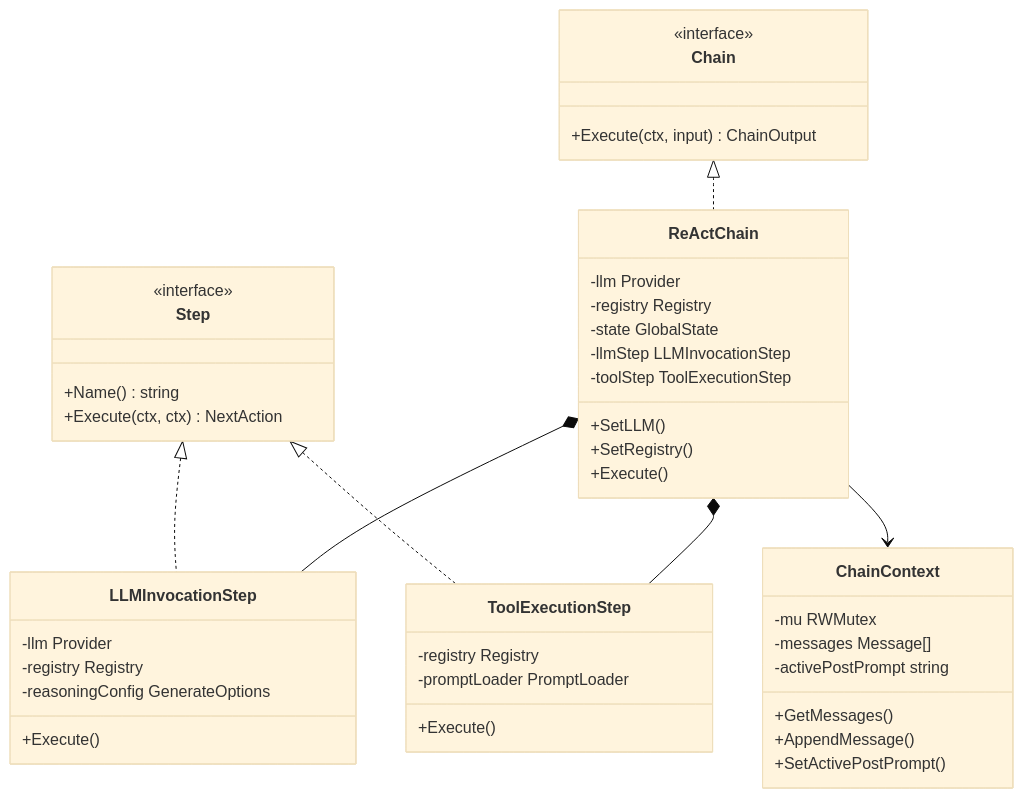
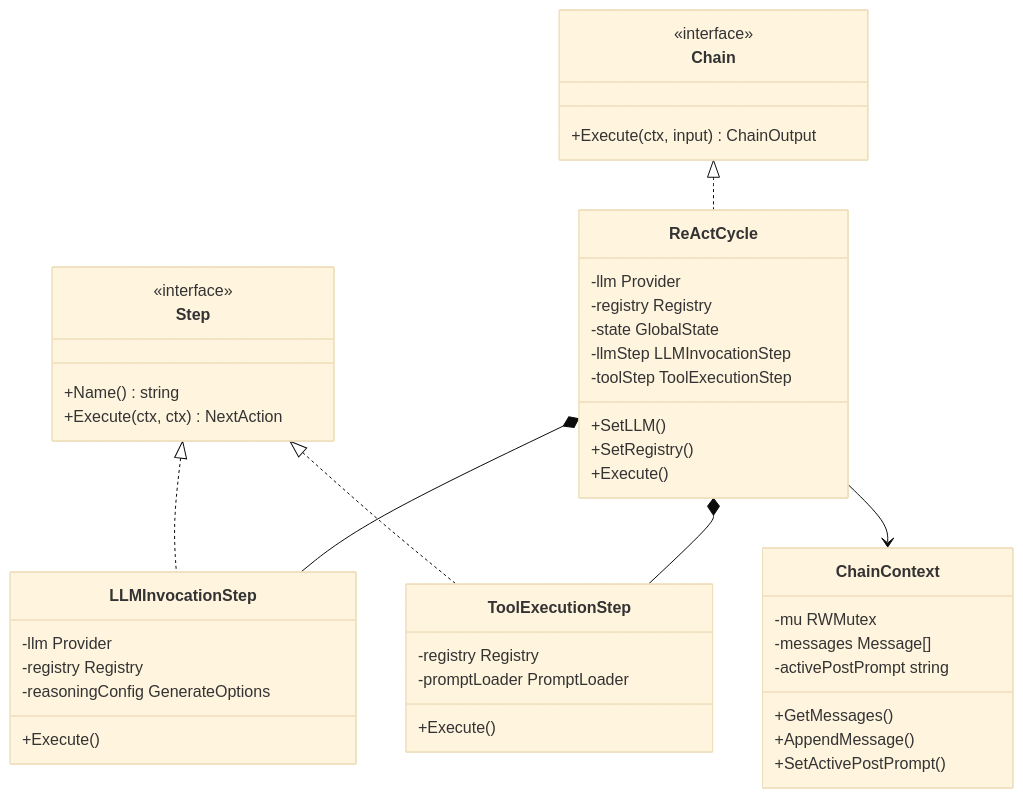
Before and after one commit to ilkoid/poncho-ai: the second of 5 diagrams in docs/chain_mech_note.md, drawn with Mermaid (base theme). The commit also changed other lines of this file and 32 other files, not shown here.

````diff
--- a/docs/chain_mech_note.md
+++ b/docs/chain_mech_note.md
@@ -23,53 +23,53 @@
 ```mermaid
 classDiagram
     class Chain {
         <<interface>>
         +Execute(ctx, input) ChainOutput
     }
     
-    class ReActChain {
+    class ReActCycle {
         -llm Provider
         -registry Registry
         -state GlobalState
         -llmStep LLMInvocationStep
         -toolStep ToolExecutionStep
         +SetLLM()
         +SetRegistry()
         +Execute()
     }
     
     class Step {
         <<interface>>
         +Name() string
         +Execute(ctx, ctx) NextAction
     }
     
     class LLMInvocationStep {
         -llm Provider
         -registry Registry
         -reasoningConfig GenerateOptions
         +Execute()
     }
     
     class ToolExecutionStep {
         -registry Registry
         -promptLoader PromptLoader
         +Execute()
     }
     
     class ChainContext {
         -mu RWMutex
         -messages Message[]
         -activePostPrompt string
         +GetMessages()
         +AppendMessage()
         +SetActivePostPrompt()
     }
     
-    Chain <|.. ReActChain
+    Chain <|.. ReActCycle
     Step <|.. LLMInvocationStep
     Step <|.. ToolExecutionStep
-    ReActChain *-- LLMInvocationStep
-    ReActChain *-- ToolExecutionStep
-    ReActChain --> ChainContext
+    ReActCycle *-- LLMInvocationStep
+    ReActCycle *-- ToolExecutionStep
+    ReActCycle --> ChainContext
 ```
````
